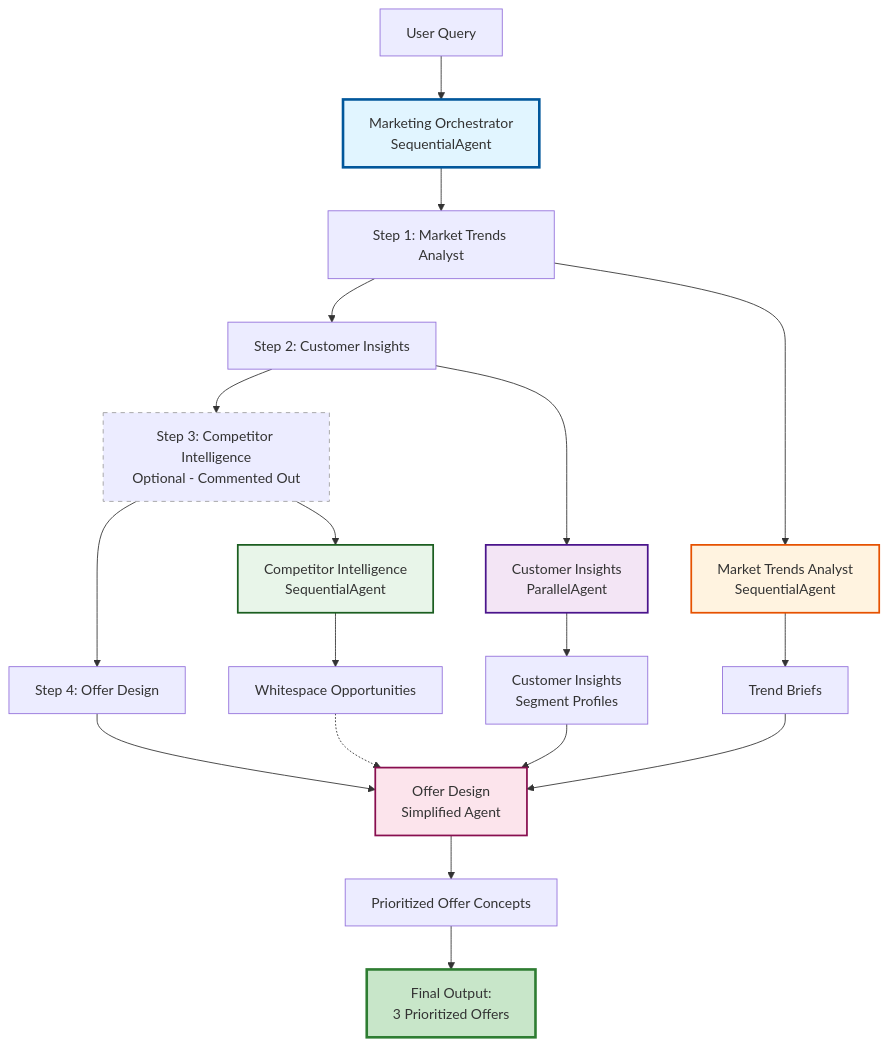
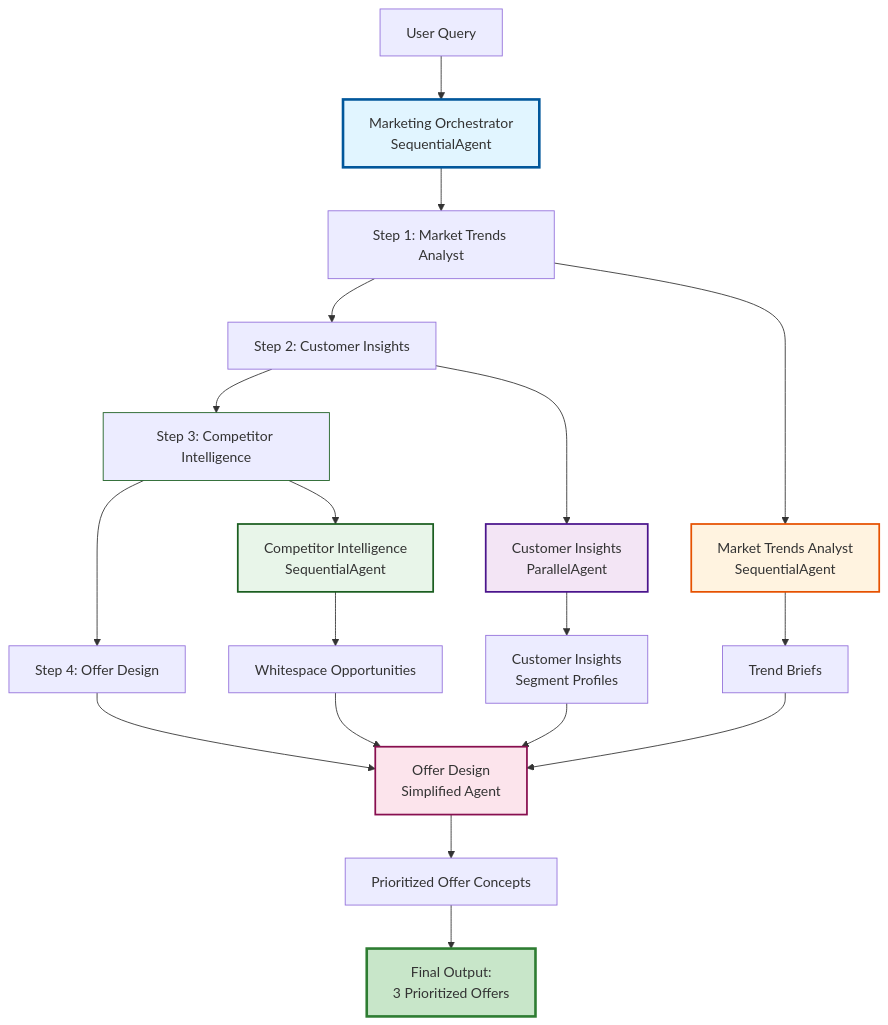
One commit to biru-dash/Wendy-hackathon changed the diagram in docs/mermaid_diagrams/01_overall_system.mmd. Above: the diagram before and after it, drawn with Mermaid. The commit also changed 14 other files, not shown here.

Commit message:
Updated mermaid diagrams

```diff
--- a/docs/mermaid_diagrams/01_overall_system.mmd
+++ b/docs/mermaid_diagrams/01_overall_system.mmd
@@ -1,31 +1,31 @@
 graph TB
     User[User Query] --> MO[Marketing Orchestrator<br/>SequentialAgent]
     
     MO --> Step1[Step 1: Market Trends Analyst]
     Step1 --> Step2[Step 2: Customer Insights]
-    Step2 --> Step3[Step 3: Competitor Intelligence<br/>Optional - Commented Out]
+    Step2 --> Step3[Step 3: Competitor Intelligence]
     Step3 --> Step4[Step 4: Offer Design]
     
     Step1 --> MTA[Market Trends Analyst<br/>SequentialAgent]
     Step2 --> CI[Customer Insights<br/>ParallelAgent]
     Step3 --> CompI[Competitor Intelligence<br/>SequentialAgent]
     Step4 --> OD[Offer Design<br/>Simplified Agent]
     
     MTA --> Output1[Trend Briefs]
     CI --> Output2[Customer Insights<br/>Segment Profiles]
     CompI --> Output3[Whitespace Opportunities]
     OD --> Output4[Prioritized Offer Concepts]
     
     Output1 --> OD
     Output2 --> OD
-    Output3 -.-> OD
+    Output3 --> OD
     
     Output4 --> Final[Final Output:<br/>3 Prioritized Offers]
     
     style MO fill:#e1f5ff,stroke:#01579b,stroke-width:3px
     style MTA fill:#fff3e0,stroke:#e65100,stroke-width:2px
     style CI fill:#f3e5f5,stroke:#4a148c,stroke-width:2px
     style CompI fill:#e8f5e9,stroke:#1b5e20,stroke-width:2px
     style OD fill:#fce4ec,stroke:#880e4f,stroke-width:2px
     style Final fill:#c8e6c9,stroke:#2e7d32,stroke-width:3px
-    style Step3 stroke-dasharray: 5 5,stroke:#9e9e9e
+    style Step3 stroke:#1b5e20
```
